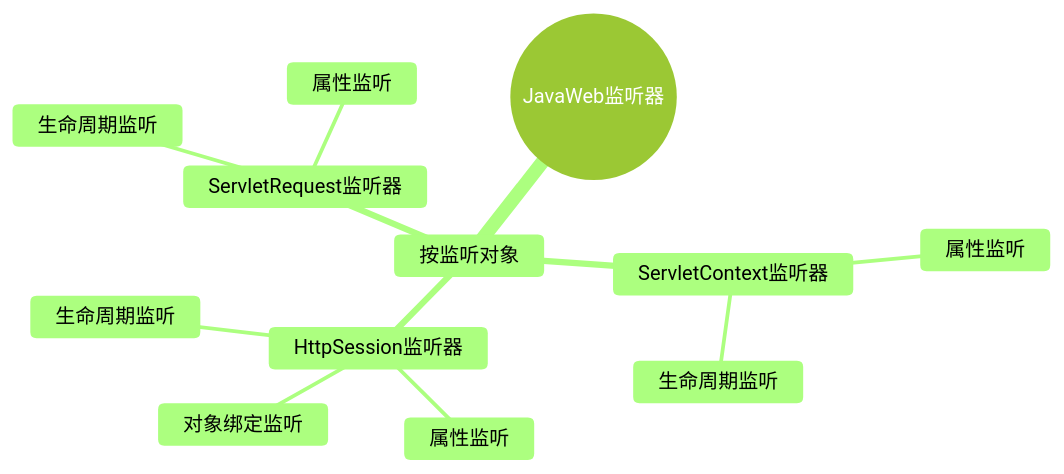
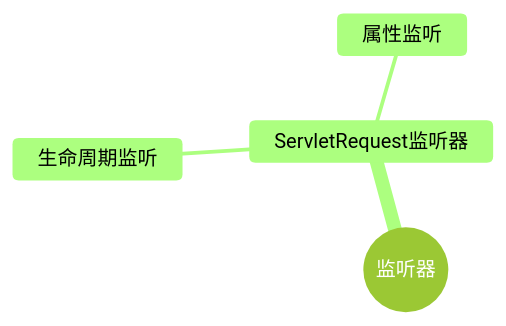
The third of 3 diagrams in docs/JavaWeb/会话_过滤器_监听器.md (XingJi-love/XingJi-blog-plume), drawn with Mermaid (forest theme) before and after one commit. The commit also changed other lines of this file and 3 other files, not shown here.

````diff
--- a/docs/JavaWeb/会话_过滤器_监听器.md
+++ b/docs/JavaWeb/会话_过滤器_监听器.md
@@ -1544,15 +1546,7 @@
 ```mermaid
 mindmap
-  root((JavaWeb监听器))
-    按监听对象
-      ServletContext监听器
-        生命周期监听
-        属性监听
-      HttpSession监听器
-        生命周期监听
-        属性监听
-        对象绑定监听
+  root((监听器))
       ServletRequest监听器
         生命周期监听
         属性监听
 ```
````
